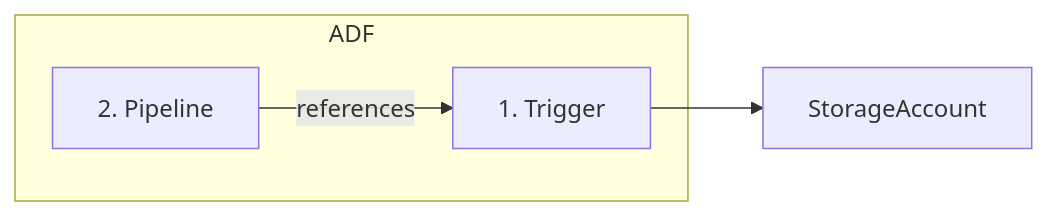
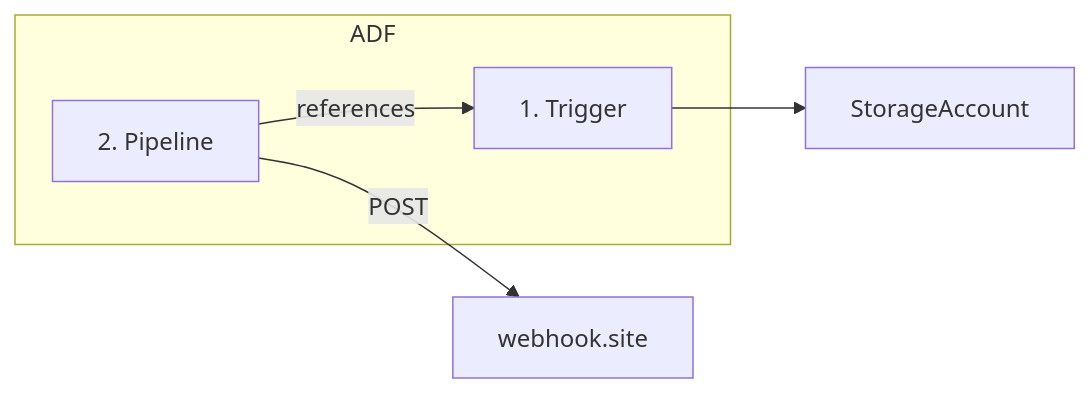
The second of 2 diagrams in README.md (salman2learn/adftest), drawn with Mermaid before and after one commit.

````diff
--- a/README.md
+++ b/README.md
@@ -24,13 +24,14 @@
 ```mermaid
 flowchart LR
 
 sa[StorageAccount]
 
 subgraph ADF
 	t[1. Trigger]
 	pl[2. Pipeline]
 	pl --references--> t
 end
 t --> sa
+pl --POST--> webhook.site
 
 ```
````
